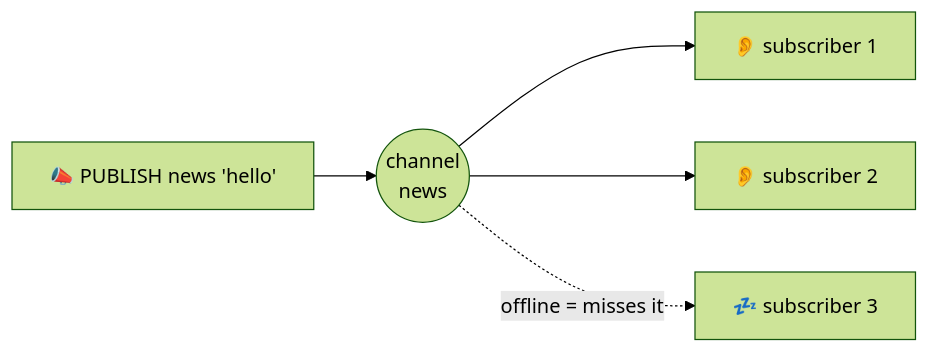
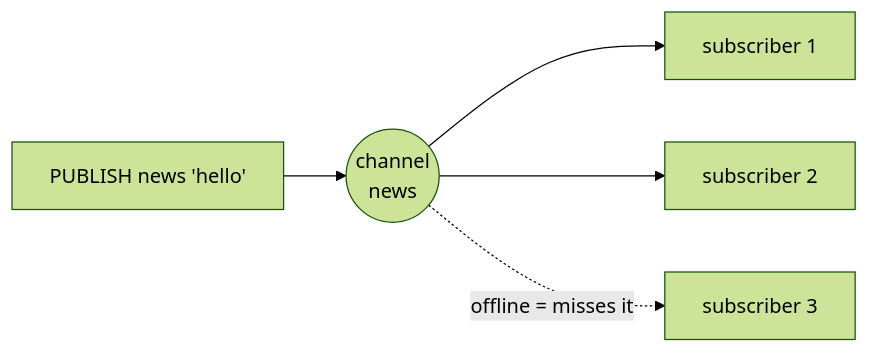
Diagram 20 of 53 in src/redis.md (jamal474/slides), drawn with Mermaid (forest theme) before and after one commit. The commit also changed other lines of this file, not shown here.

````diff
--- a/src/redis.md
+++ b/src/redis.md
@@ -1042,7 +1039,7 @@
 ```mermaid
 flowchart LR
-  P["📣 PUBLISH news 'hello'"] --> CH(("channel<br/>news"))
-  CH --> S1["👂 subscriber 1"]
-  CH --> S2["👂 subscriber 2"]
-  CH -.->|"offline = misses it"| S3["💤 subscriber 3"]
+  P["PUBLISH news 'hello'"] --> CH(("channel<br/>news"))
+  CH --> S1["subscriber 1"]
+  CH --> S2["subscriber 2"]
+  CH -.->|"offline = misses it"| S3["subscriber 3"]
 ```
````
